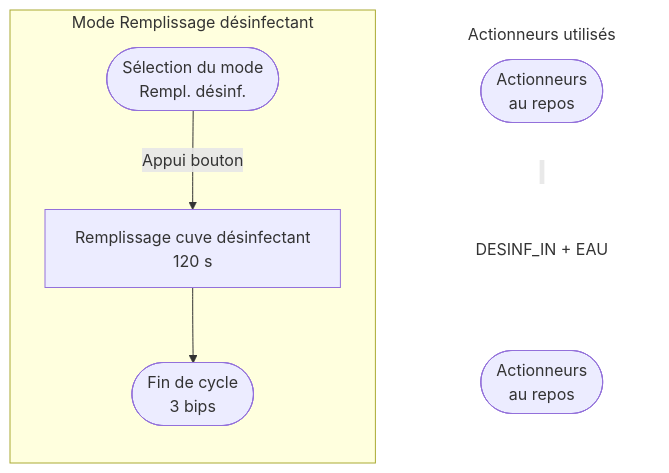
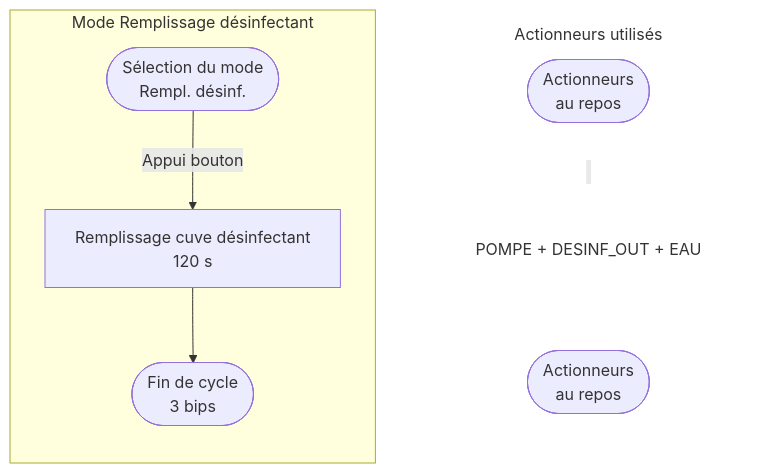
The ninth of 11 diagrams in docs/FR/GRAFCET_TOUS_MODES.md (ecolab07/kegwasher), drawn with Mermaid before and after one commit. The commit also changed other lines of this file and 11 other files, not shown here.

````diff
--- a/docs/FR/GRAFCET_TOUS_MODES.md
+++ b/docs/FR/GRAFCET_TOUS_MODES.md
@@ -470,20 +472,20 @@
 ```mermaid
 flowchart TD
     subgraph ACTUATORS["Actionneurs utilisés"]
     direction TD
         A(["Actionneurs<br/>au repos"])
-        B("DESINF_IN&nbsp;+&nbsp;EAU")
+        B("POMPE&nbsp;+&nbsp;DESINF_OUT&nbsp;+&nbsp;EAU")
         E(["Actionneurs<br/>au repos"])
         A ~~~ |&nbsp;| B ~~~ E
     end
     style ACTUATORS fill:none,stroke:none
     style B fill:none,stroke:none
     subgraph STEPS["Mode Remplissage désinfectant"]
         direction TB
         Start(["Sélection du mode<br/>Rempl. désinf."])
         Fill["Remplissage&nbsp;cuve&nbsp;désinfectant<br/>120 s"]
         End(["Fin de cycle<br/>3 bips"])
         Start -->|Appui bouton| Fill
         Fill --> End
     end
 ```
````
